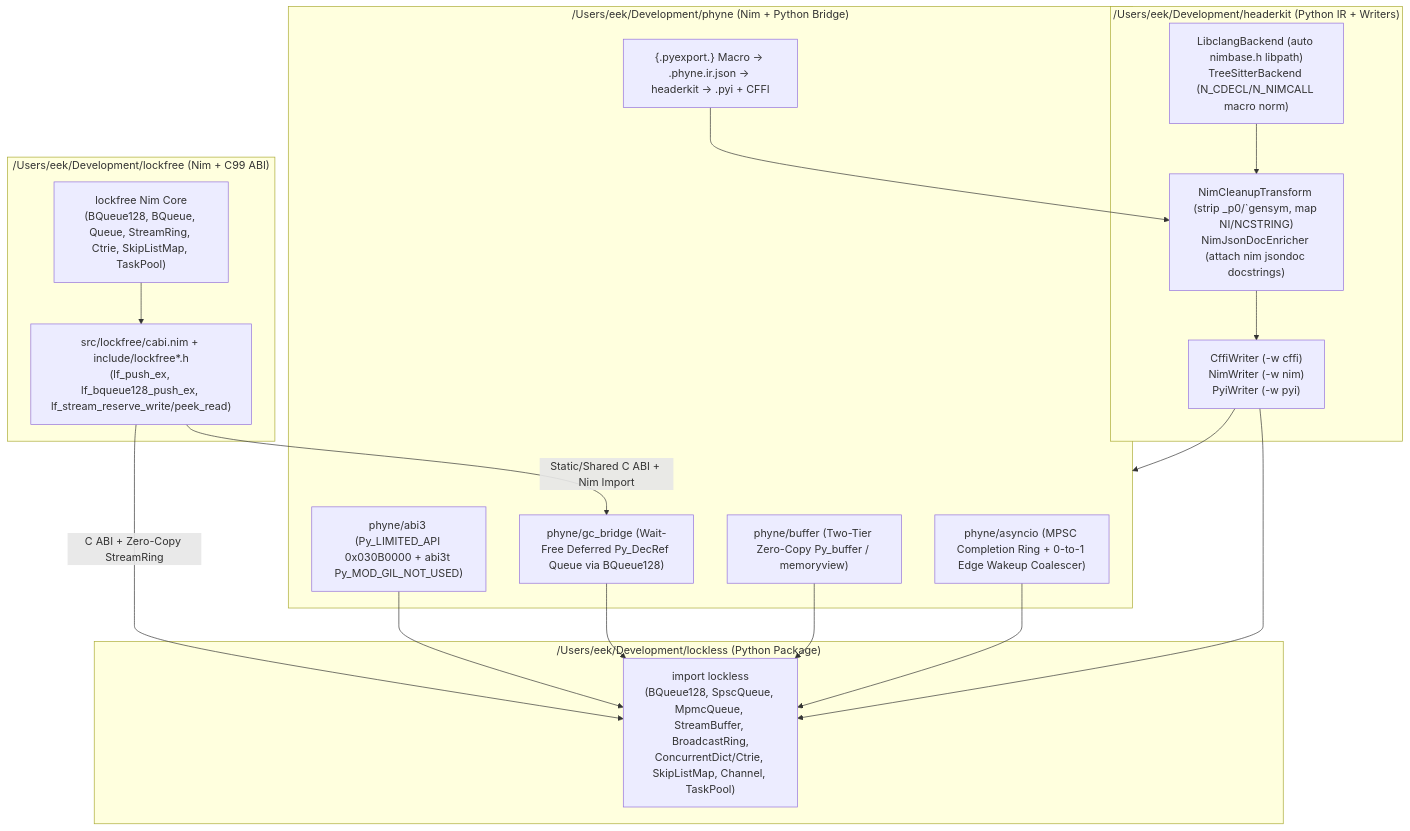
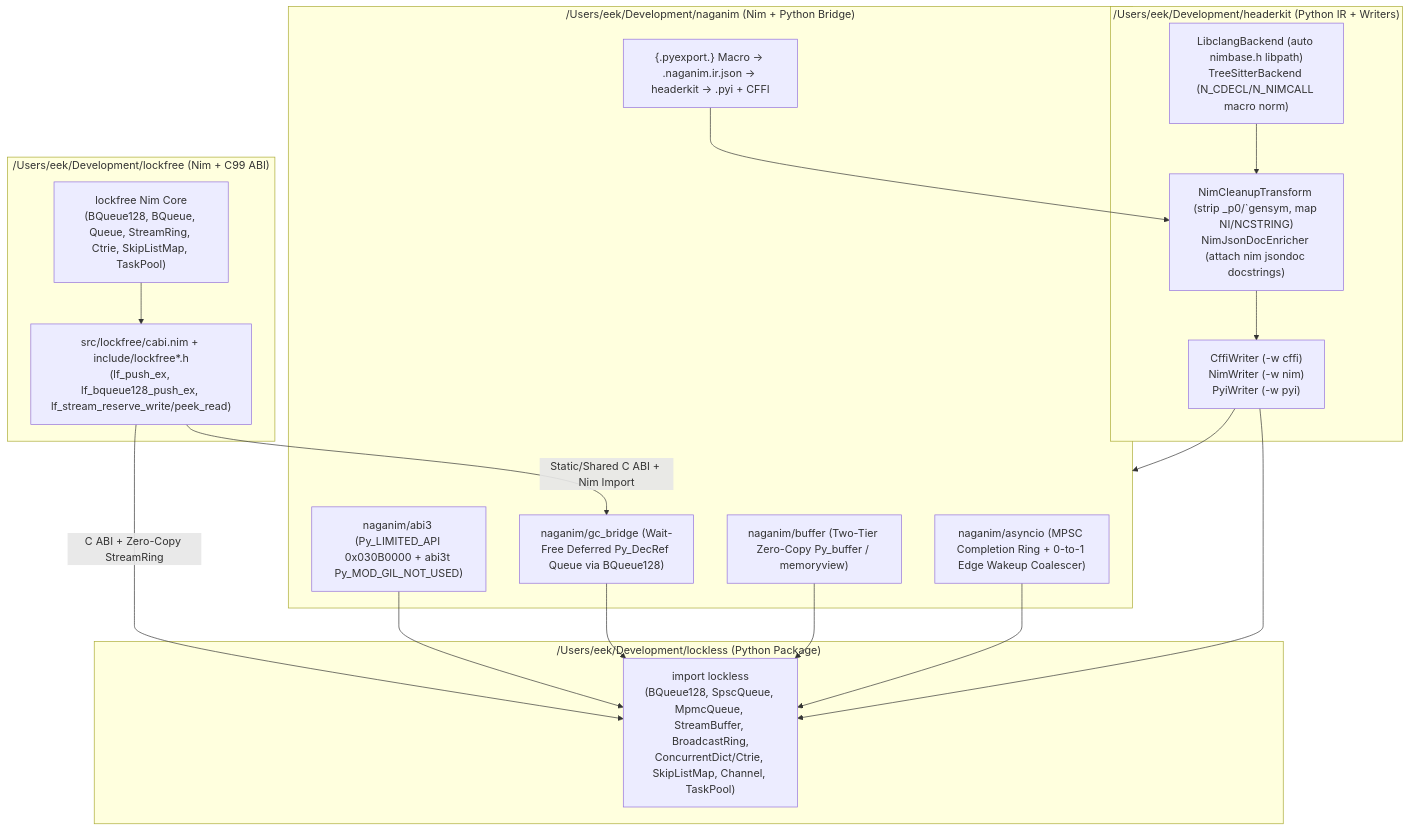
One commit to elijahr/naganim changed the diagram in understanding.md. Above: the diagram before and after it, drawn with Mermaid. The commit also changed other lines of this file and 35 other files, not shown here.

Commit message:
feat: rename phyne package and namespace to naganim across repository

````diff
--- a/understanding.md
+++ b/understanding.md
@@ -155,37 +155,37 @@
 ```mermaid
 flowchart TD
     subgraph LockfreeRepo["/Users/eek/Development/lockfree (Nim + C99 ABI)"]
         LFNim["lockfree Nim Core\n(BQueue128, BQueue, Queue, StreamRing, Ctrie, SkipListMap, TaskPool)"]
         LFCABI["src/lockfree/cabi.nim + include/lockfree*.h\n(lf_push_ex, lf_bqueue128_push_ex, lf_stream_reserve_write/peek_read)"]
         LFNim --> LFCABI
     end
 
     subgraph HeaderkitRepo["/Users/eek/Development/headerkit (Python IR + Writers)"]
         HKParse["LibclangBackend (auto nimbase.h libpath)\nTreeSitterBackend (N_CDECL/N_NIMCALL macro norm)"]
         HKTransform["NimCleanupTransform (strip _p0/`gensym, map NI/NCSTRING)\nNimJsonDocEnricher (attach nim jsondoc docstrings)"]
         HKWriters["CffiWriter (-w cffi)\nNimWriter (-w nim)\nPyiWriter (-w pyi)"]
         HKParse --> HKTransform --> HKWriters
     end
 
-    subgraph PhyneRepo["/Users/eek/Development/phyne (Nim + Python Bridge)"]
-        PhyneABI["phyne/abi3 (Py_LIMITED_API 0x030B0000 + abi3t Py_MOD_GIL_NOT_USED)"]
-        PhyneGC["phyne/gc_bridge (Wait-Free Deferred Py_DecRef Queue via BQueue128)"]
-        PhyneBuf["phyne/buffer (Two-Tier Zero-Copy Py_buffer / memoryview)"]
-        PhyneAsync["phyne/asyncio (MPSC Completion Ring + 0-to-1 Edge Wakeup Coalescer)"]
-        PhyneMacro["{.pyexport.} Macro -> .phyne.ir.json -> headerkit -> .pyi + CFFI"]
+    subgraph NaganimRepo["/Users/eek/Development/naganim (Nim + Python Bridge)"]
+        NaganimABI["naganim/abi3 (Py_LIMITED_API 0x030B0000 + abi3t Py_MOD_GIL_NOT_USED)"]
+        NaganimGC["naganim/gc_bridge (Wait-Free Deferred Py_DecRef Queue via BQueue128)"]
+        NaganimBuf["naganim/buffer (Two-Tier Zero-Copy Py_buffer / memoryview)"]
+        NaganimAsync["naganim/asyncio (MPSC Completion Ring + 0-to-1 Edge Wakeup Coalescer)"]
+        NaganimMacro["{.pyexport.} Macro -> .naganim.ir.json -> headerkit -> .pyi + CFFI"]
     end
 
     subgraph LocklessRepo["/Users/eek/Development/lockless (Python Package)"]
         LocklessPy["import lockless\n(BQueue128, SpscQueue, MpmcQueue, StreamBuffer, BroadcastRing,\nConcurrentDict/Ctrie, SkipListMap, Channel, TaskPool)"]
     end
 
-    LFCABI -->|"Static/Shared C ABI + Nim Import"| PhyneGC
+    LFCABI -->|"Static/Shared C ABI + Nim Import"| NaganimGC
     LFCABI -->|"C ABI + Zero-Copy StreamRing"| LocklessPy
-    PhyneABI --> LocklessPy
-    PhyneGC --> LocklessPy
-    PhyneBuf --> LocklessPy
-    PhyneAsync --> LocklessPy
-    PhyneMacro --> HKTransform
+    NaganimABI --> LocklessPy
+    NaganimGC --> LocklessPy
+    NaganimBuf --> LocklessPy
+    NaganimAsync --> LocklessPy
+    NaganimMacro --> HKTransform
     HKWriters --> LocklessPy
-    HKWriters --> PhyneRepo
+    HKWriters --> NaganimRepo
 ```
````
